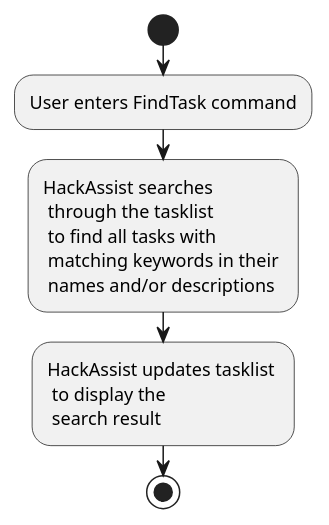
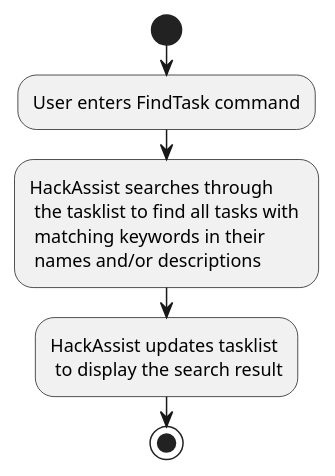
Before and after one commit to nus-cs2103-AY2223S1/tp: the diagram in docs/diagrams/FindTaskCommandActivityDiagram.puml, drawn with PlantUML. The commit also changed 1 other file, not shown here.

Commit message:
Add activity diagram image for findTask feature

```diff
--- a/docs/diagrams/FindTaskCommandActivityDiagram.puml
+++ b/docs/diagrams/FindTaskCommandActivityDiagram.puml
@@ -1,8 +1,8 @@
 @startuml
 start
 :User enters FindTask command;
-:HackAssist searches \n through the tasklist \n to find all tasks with \n matching keywords in their \n names and/or descriptions;
-:HackAssist updates tasklist \n to display the \n search result;
+:HackAssist searches through \n the tasklist to find all tasks with \n matching keywords in their \n names and/or descriptions;
+:HackAssist updates tasklist \n to display the search result;
 
 stop
 @enduml
```
